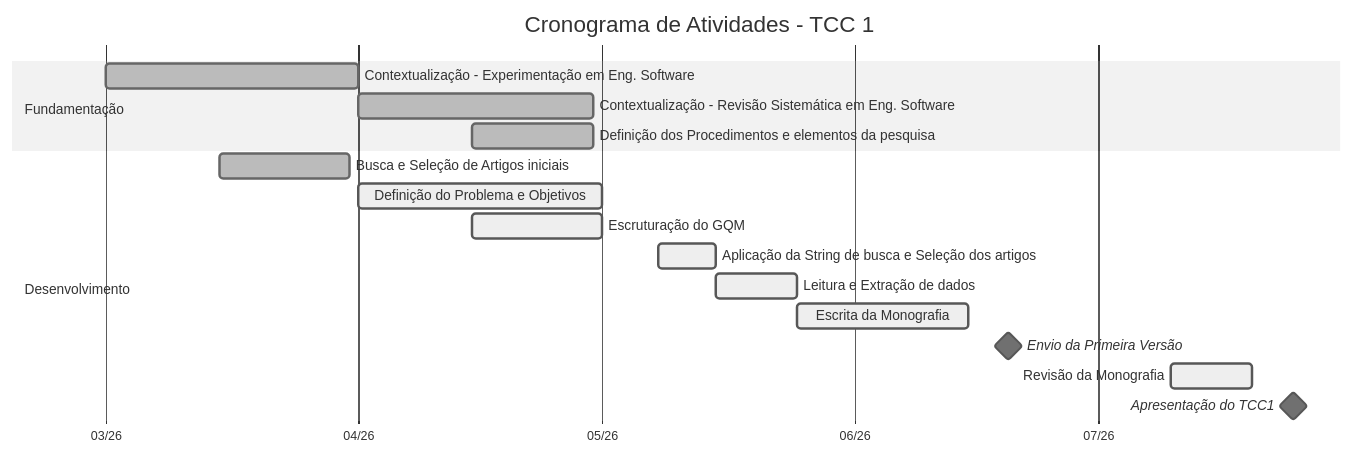
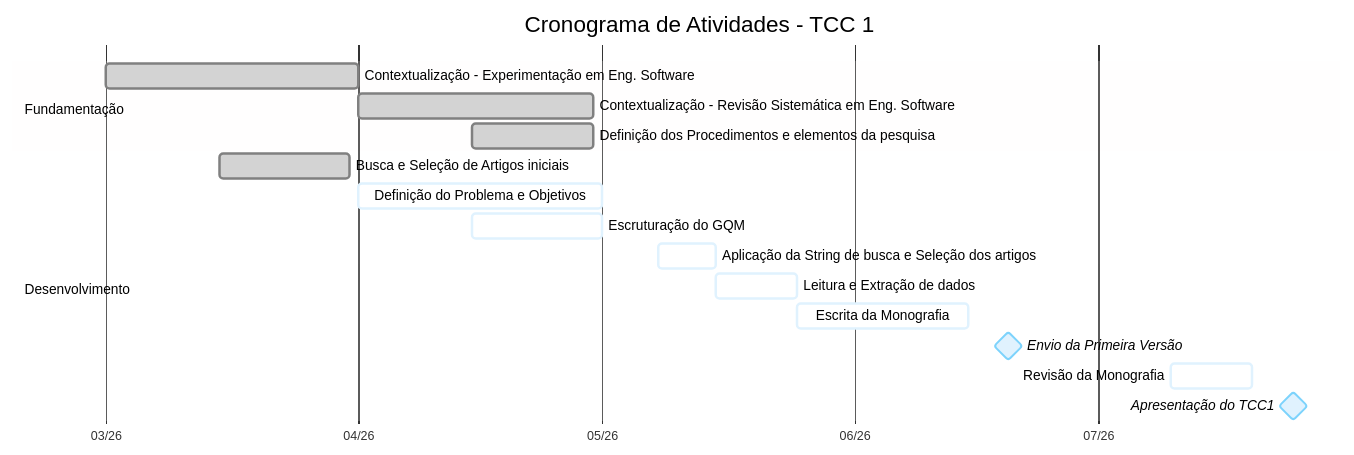
Before and after one commit to storch7/TCC_gstorch: the diagram in CRONOGRAMA.md, drawn with Mermaid.

Commit message:
Readequação do gantt

````diff
--- a/CRONOGRAMA.md
+++ b/CRONOGRAMA.md
@@ -9,23 +9,23 @@
 ```mermaid
-%%{init: {'theme': 'neutral'}}%%
+%%{init: { 'theme': 'base', 'themeVariables': { 'primaryColor': '#e0f2fe', 'primaryBorderColor': '#7dd3fc', 'primaryTextColor': '#000000', 'taskTextDarkColor': '#000000', 'taskTextLightColor': '#000000', 'taskTextOutsideColor': '#000000', 'titleColor': '#000000', 'textColor': '#000000', 'gridColor': '#94a3b8' } }}%%
 gantt
     title Cronograma de Atividades - TCC 1
     dateFormat  YYYY-MM-DD
     axisFormat  %m/%y
     
     section Fundamentação
     Contextualização - Experimentação em Eng. Software     :done, a1, 2026-03-01, 2026-04-01
     Contextualização - Revisão Sistemática em Eng. Software     :done, a2, 2026-04-01, 2026-04-30
     Definição dos Procedimentos e elementos da pesquisa   :done, a3, 2026-04-15, 2026-04-30
 
     section Desenvolvimento
     Busca e Seleção de Artigos iniciais           :done, b1, 2026-03-15, 2026-03-31
     Definição do Problema e Objetivos    :active, b2, 2026-04-01, 2026-05-01
     Escruturação do GQM                  :active, b3, 2026-04-15, 2026-05-01
     Aplicação da String de busca e Seleção dos artigos          :active, c1, 2026-05-08, 2026-05-15
     Leitura e Extração de dados                     :active, c2, 2026-05-15, 2026-05-25
     Escrita da Monografia                :active, c3, 2026-05-25, 2026-06-15
     Envio da Primeira Versão             :milestone, m1, 2026-06-20, 0d
     Revisão da Monografia          :active, c4, 2026-07-10, 2026-07-20
     Apresentação do TCC1                 :milestone, m2, 2026-07-25, 0d
 ```
````
